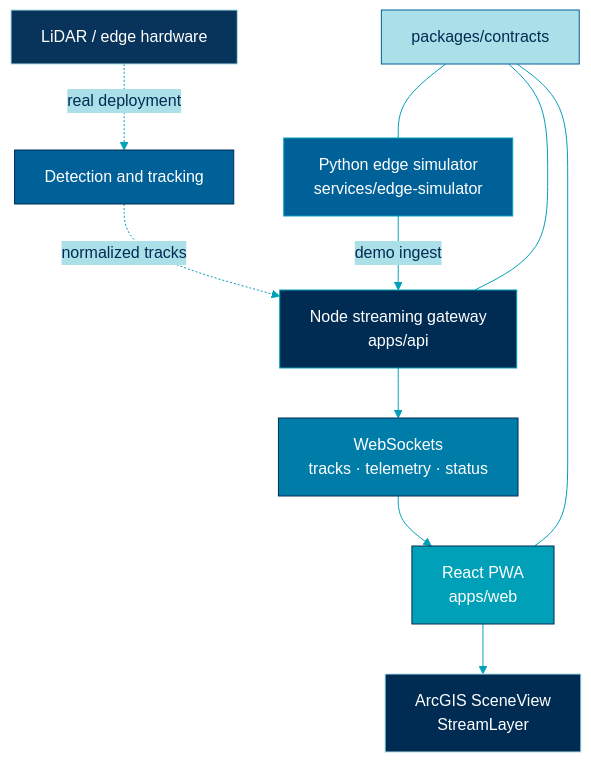
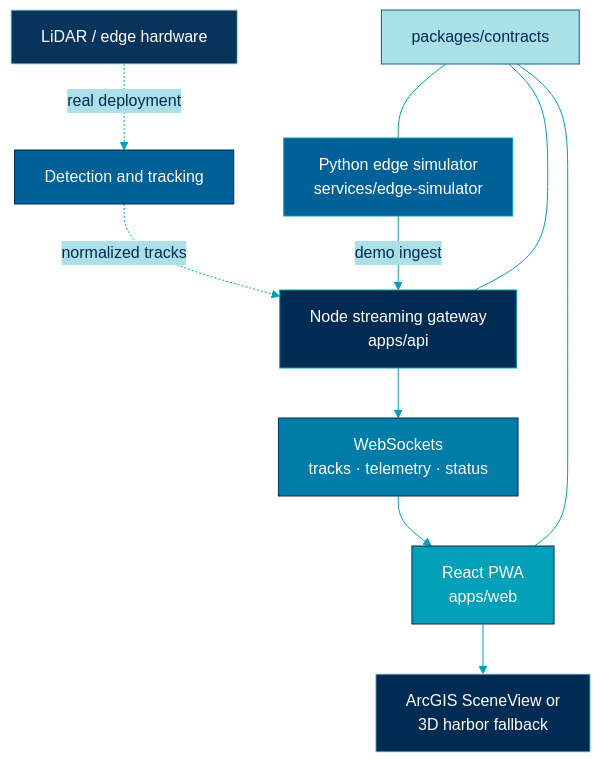
Before and after one commit to aurelius-in/harborwatch-3d: the first of 3 diagrams in docs/diagrams/system-overview.md, drawn with Mermaid. The commit also changed 55 other files, not shown here.

````diff
--- a/docs/diagrams/system-overview.md
+++ b/docs/diagrams/system-overview.md
@@ -13,41 +13,41 @@
 ```mermaid
 %%{init: {
   "theme": "base",
   "themeVariables": {
     "primaryColor": "#E8F8F8",
     "primaryTextColor": "#002C54",
     "primaryBorderColor": "#006098",
     "lineColor": "#00A0B8",
     "secondaryColor": "#ACE0E8",
     "tertiaryColor": "#FFFFFF"
   }
 }}%%
 flowchart TB
   lidar["LiDAR / edge hardware"]
   detect["Detection and tracking"]
   sim["Python edge simulator<br/>services/edge-simulator"]
   contracts["packages/contracts"]
   api["Node streaming gateway<br/>apps/api"]
   ws["WebSockets<br/>tracks · telemetry · status"]
   web["React PWA<br/>apps/web"]
-  scene["ArcGIS SceneView<br/>StreamLayer"]
+  scene["ArcGIS SceneView or<br/>3D harbor fallback"]
 
   lidar -.->|"real deployment"| detect
   detect -.->|"normalized tracks"| api
   sim -->|"demo ingest"| api
   contracts --- sim
   contracts --- api
   contracts --- web
   api --> ws
   ws --> web
   web --> scene
 
   style lidar fill:#08345C,stroke:#ACE0E8,color:#FFFFFF
   style detect fill:#006098,stroke:#002C54,color:#FFFFFF
   style sim fill:#006098,stroke:#00A0B8,color:#FFFFFF
   style contracts fill:#ACE0E8,stroke:#006098,color:#002C54
   style api fill:#002C54,stroke:#00A0B8,color:#FFFFFF
   style ws fill:#007CA8,stroke:#002C54,color:#FFFFFF
   style web fill:#00A0B8,stroke:#002C54,color:#FFFFFF
   style scene fill:#002C54,stroke:#ACE0E8,color:#FFFFFF
 ```
````
